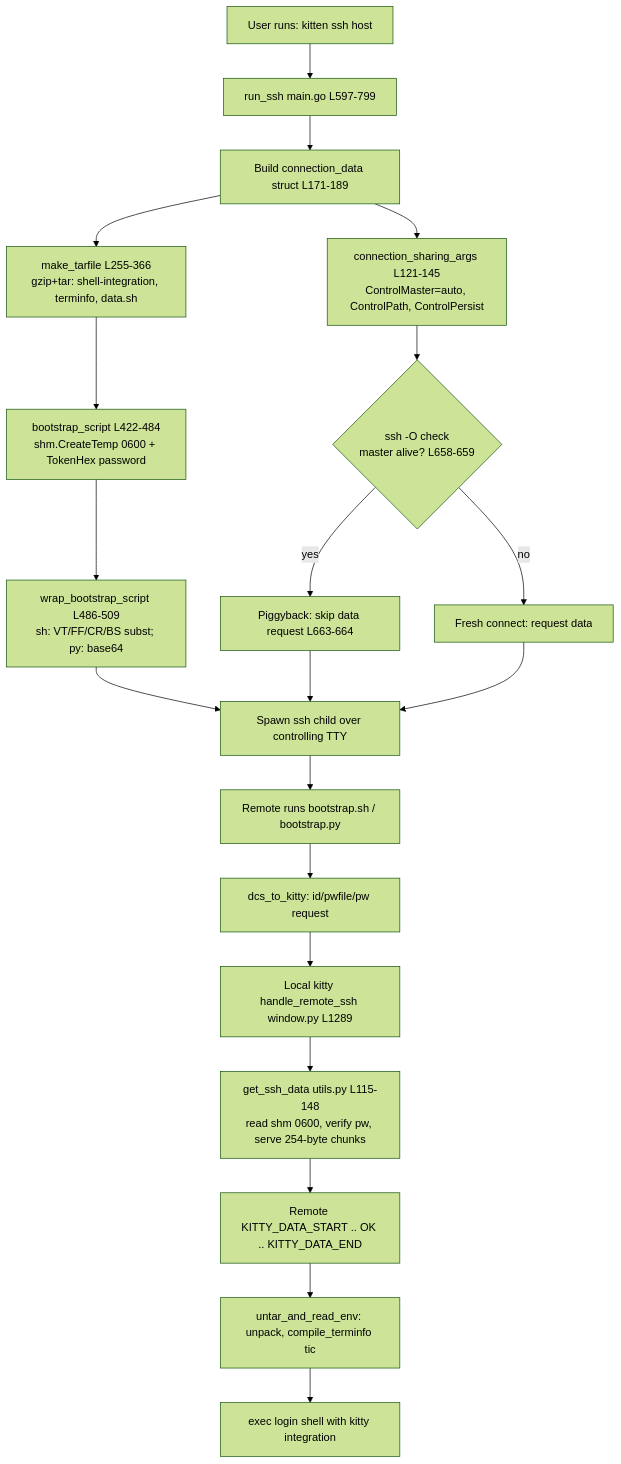
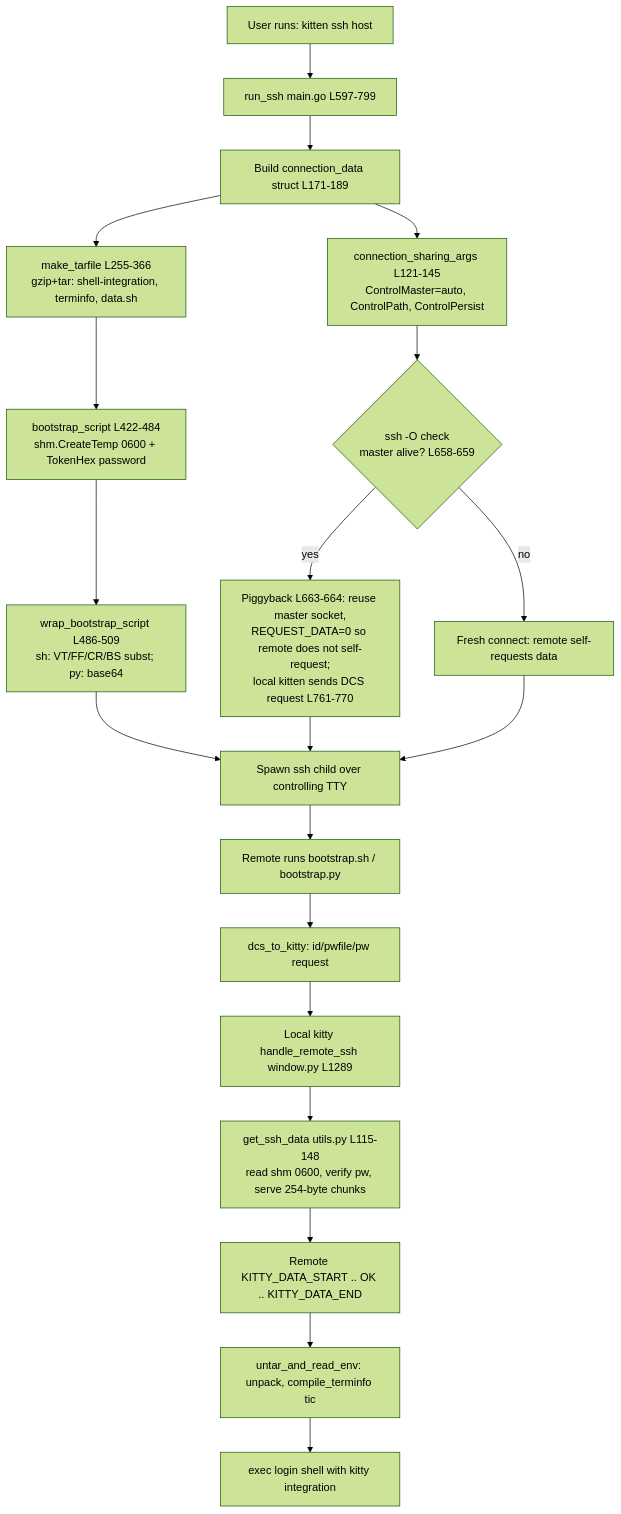
The diagram in blitzy/documentation/kitty_815df1e210e0.md (blitzy-research/kitty), drawn with Mermaid (forest theme) before and after one commit. The commit also changed other lines of this file, not shown here.

First line of the commit message:
docs: correct SSH-kitten answer per code review (F1-F4)

````diff
--- a/blitzy/documentation/kitty_815df1e210e0.md
+++ b/blitzy/documentation/kitty_815df1e210e0.md
@@ -76,22 +76,22 @@
 ```mermaid
 flowchart TD
     U[User runs: kitten ssh host] --> RS[run_ssh main.go L597-799]
     RS --> CD[Build connection_data struct L171-189]
     CD --> CSA[connection_sharing_args L121-145<br/>ControlMaster=auto, ControlPath, ControlPersist]
     CSA --> CHK{ssh -O check<br/>master alive? L658-659}
-    CHK -- yes --> PIGGY[Piggyback: skip data request L663-664]
-    CHK -- no --> FRESH[Fresh connect: request data]
+    CHK -- yes --> PIGGY[Piggyback L663-664: reuse master socket,<br/>REQUEST_DATA=0 so remote does not self-request;<br/>local kitten sends DCS request L761-770]
+    CHK -- no --> FRESH[Fresh connect: remote self-requests data]
     CD --> TAR[make_tarfile L255-366<br/>gzip+tar: shell-integration, terminfo, data.sh]
     TAR --> BS[bootstrap_script L422-484<br/>shm.CreateTemp 0600 + TokenHex password]
     BS --> WRAP[wrap_bootstrap_script L486-509<br/>sh: VT/FF/CR/BS subst; py: base64]
     WRAP --> CHILD[Spawn ssh child over controlling TTY]
     CHILD --> REMOTE[Remote runs bootstrap.sh / bootstrap.py]
     REMOTE --> REQ[dcs_to_kitty: id/pwfile/pw request]
     REQ --> LOCAL[Local kitty handle_remote_ssh window.py L1289]
     LOCAL --> GET[get_ssh_data utils.py L115-148<br/>read shm 0600, verify pw, serve 254-byte chunks]
     GET --> RECV[Remote KITTY_DATA_START .. OK .. KITTY_DATA_END]
     RECV --> UNTAR[untar_and_read_env: unpack, compile_terminfo tic]
     UNTAR --> EXEC[exec login shell with kitty integration]
     PIGGY --> CHILD
     FRESH --> CHILD
 ```
````
